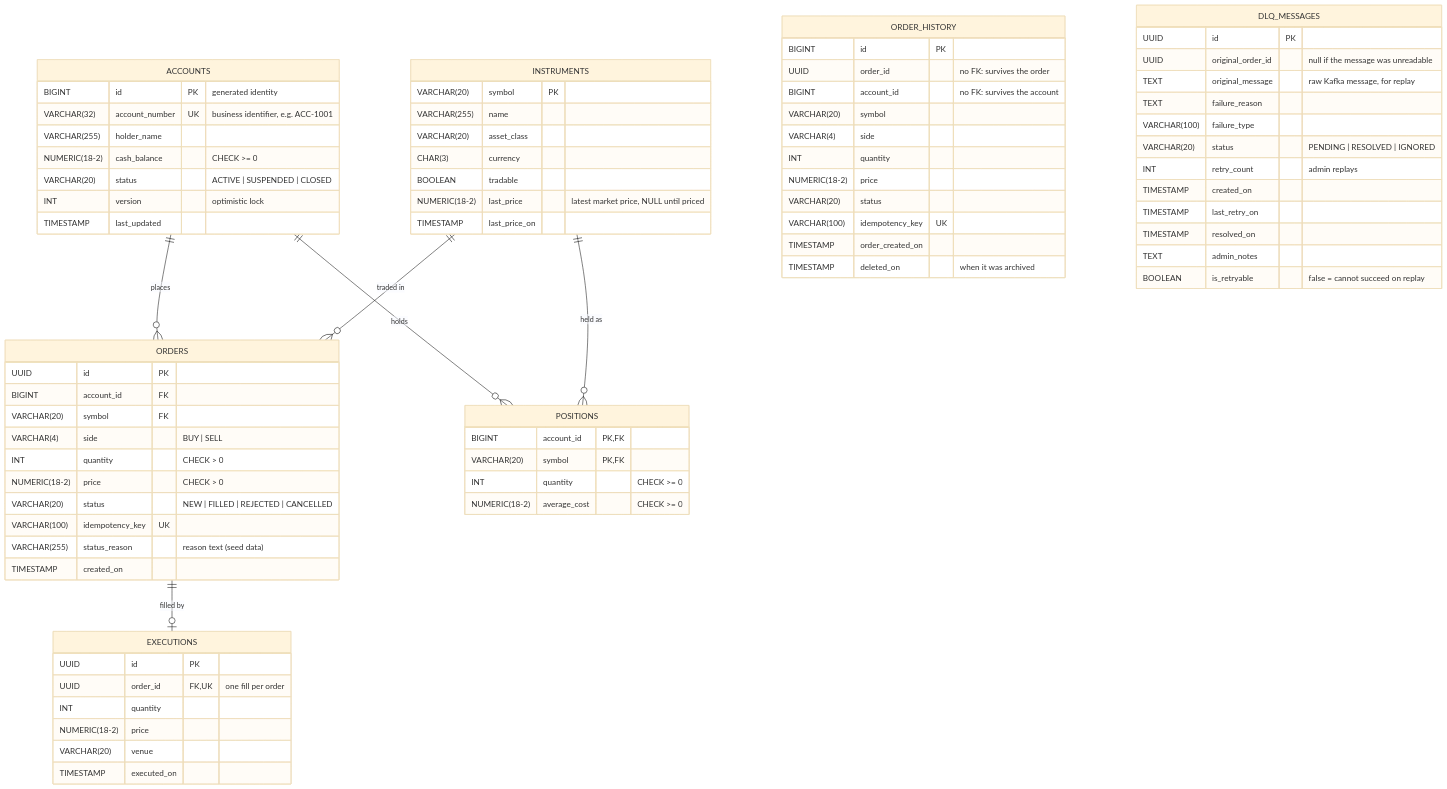
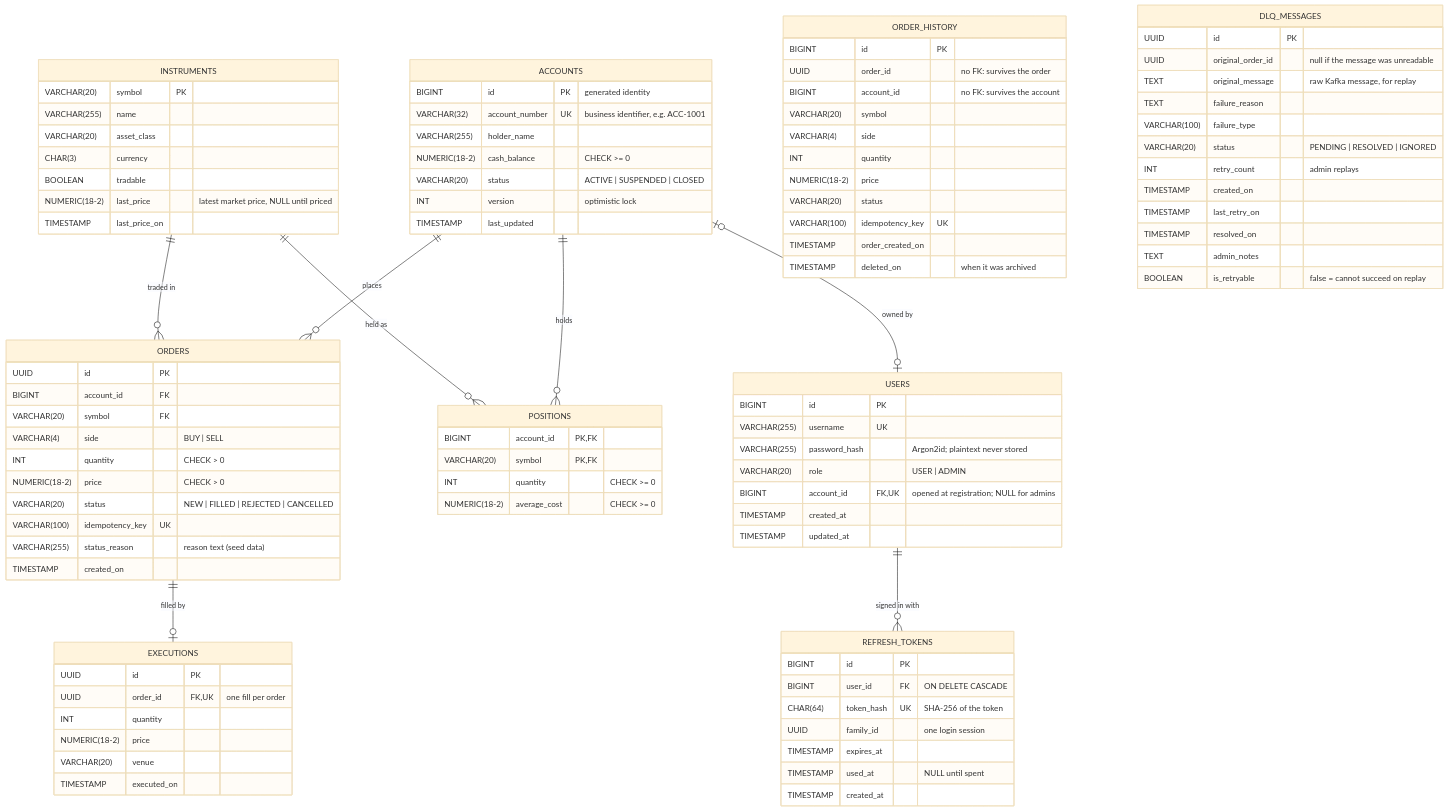
The diagram in docs/diagrams/ER-DIAGRAM.md (NathanCarr10/TNS-Capital), drawn with Mermaid (base theme) before and after one commit. The commit also changed other lines of this file, not shown here.

Commit message:
docs: add users and refresh_tokens to the ER diagram
The diagram showed the trading tables but not the auth service's users
and refresh_tokens tables or how they link to accounts.

````diff
--- a/docs/diagrams/ER-DIAGRAM.md
+++ b/docs/diagrams/ER-DIAGRAM.md
@@ -10,6 +10,8 @@
     INSTRUMENTS ||--o{ ORDERS : "traded in"
     INSTRUMENTS ||--o{ POSITIONS : "held as"
     ORDERS ||--o| EXECUTIONS : "filled by"
+    ACCOUNTS |o--o| USERS : "owned by"
+    USERS ||--o{ REFRESH_TOKENS : "signed in with"
 
     ACCOUNTS {
         BIGINT id PK "generated identity"
@@ -88,4 +90,24 @@
         TEXT admin_notes
         BOOLEAN is_retryable "false = cannot succeed on replay"
     }
+
+    USERS {
+        BIGINT id PK
+        VARCHAR(255) username UK
+        VARCHAR(255) password_hash "Argon2id; plaintext never stored"
+        VARCHAR(20) role "USER | ADMIN"
+        BIGINT account_id FK, UK "opened at registration; NULL for admins"
+        TIMESTAMP created_at
+        TIMESTAMP updated_at
+    }
+
+    REFRESH_TOKENS {
+        BIGINT id PK
+        BIGINT user_id FK "ON DELETE CASCADE"
+        CHAR(64) token_hash UK "SHA-256 of the token"
+        UUID family_id "one login session"
+        TIMESTAMP expires_at
+        TIMESTAMP used_at "NULL until spent"
+        TIMESTAMP created_at
+    }
 ```
````
